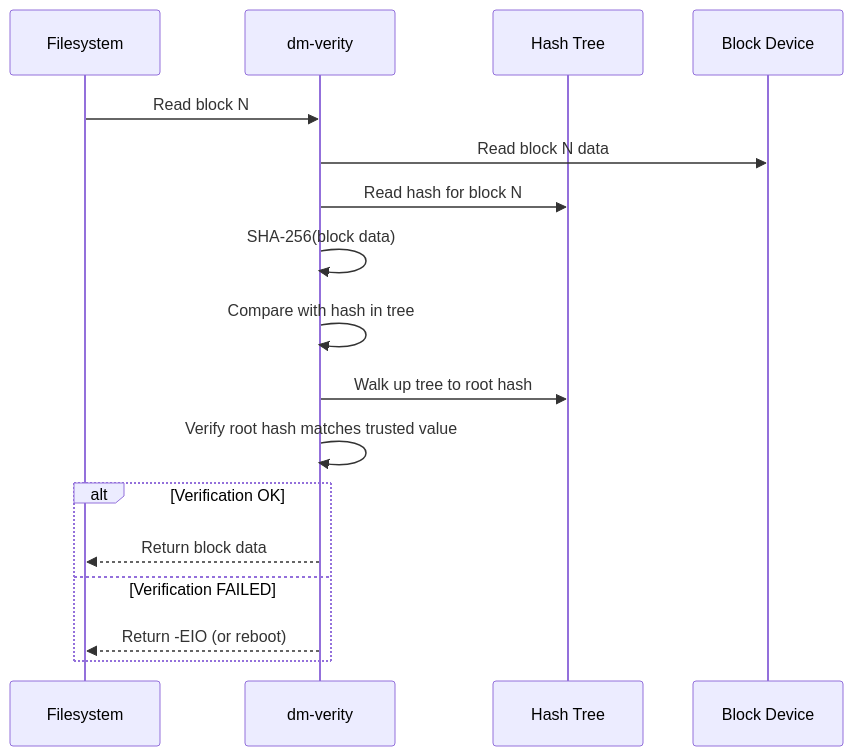
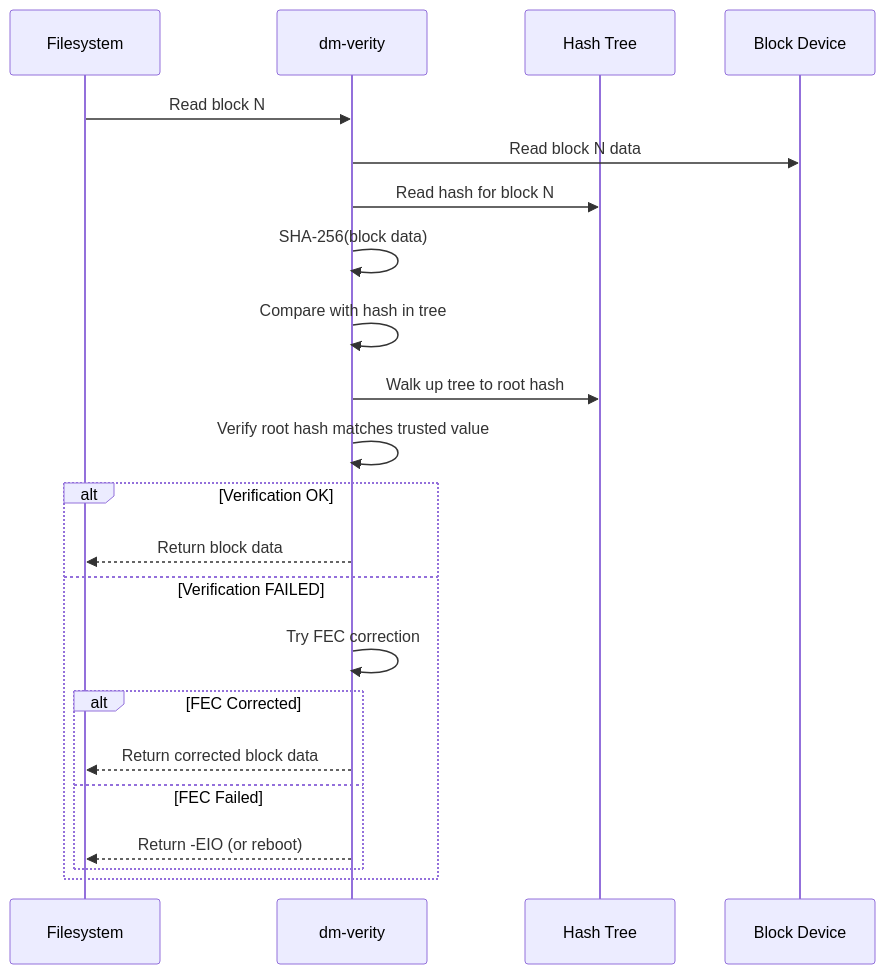
The third of 8 diagrams in src/kernel/drivers/dm-verity.md (Abhinav-Kumar012/lb2), drawn with Mermaid before and after one commit. The commit also changed other lines of this file, not shown here.

````diff
--- a/src/kernel/drivers/dm-verity.md
+++ b/src/kernel/drivers/dm-verity.md
@@ -75,20 +79,25 @@
 ```mermaid
 sequenceDiagram
     participant FS as Filesystem
     participant DM as dm-verity
     participant Tree as Hash Tree
     participant Disk as Block Device
 
     FS->>DM: Read block N
     DM->>Disk: Read block N data
     DM->>Tree: Read hash for block N
     DM->>DM: SHA-256(block data)
     DM->>DM: Compare with hash in tree
     DM->>Tree: Walk up tree to root hash
     DM->>DM: Verify root hash matches trusted value
     alt Verification OK
         DM-->>FS: Return block data
     else Verification FAILED
-        DM-->>FS: Return -EIO (or reboot)
+        DM->>DM: Try FEC correction
+        alt FEC Corrected
+            DM-->>FS: Return corrected block data
+        else FEC Failed
+            DM-->>FS: Return -EIO (or reboot)
+        end
     end
 ```
````
